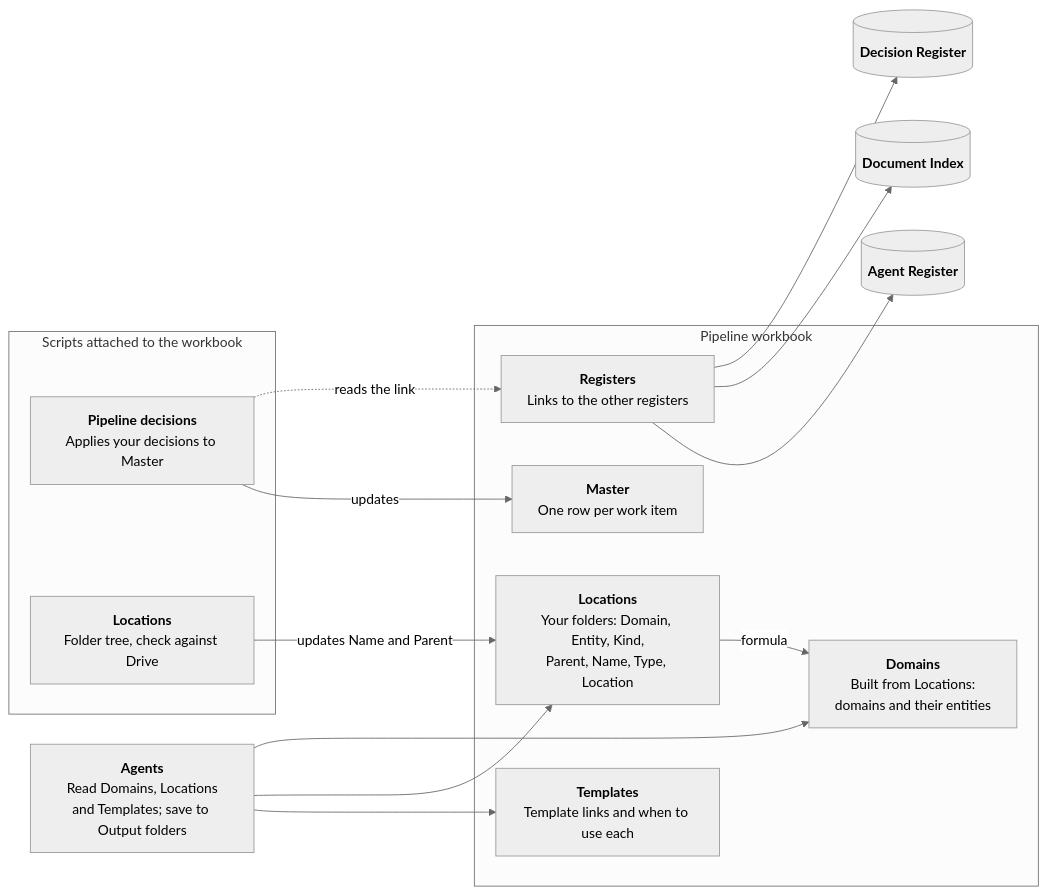
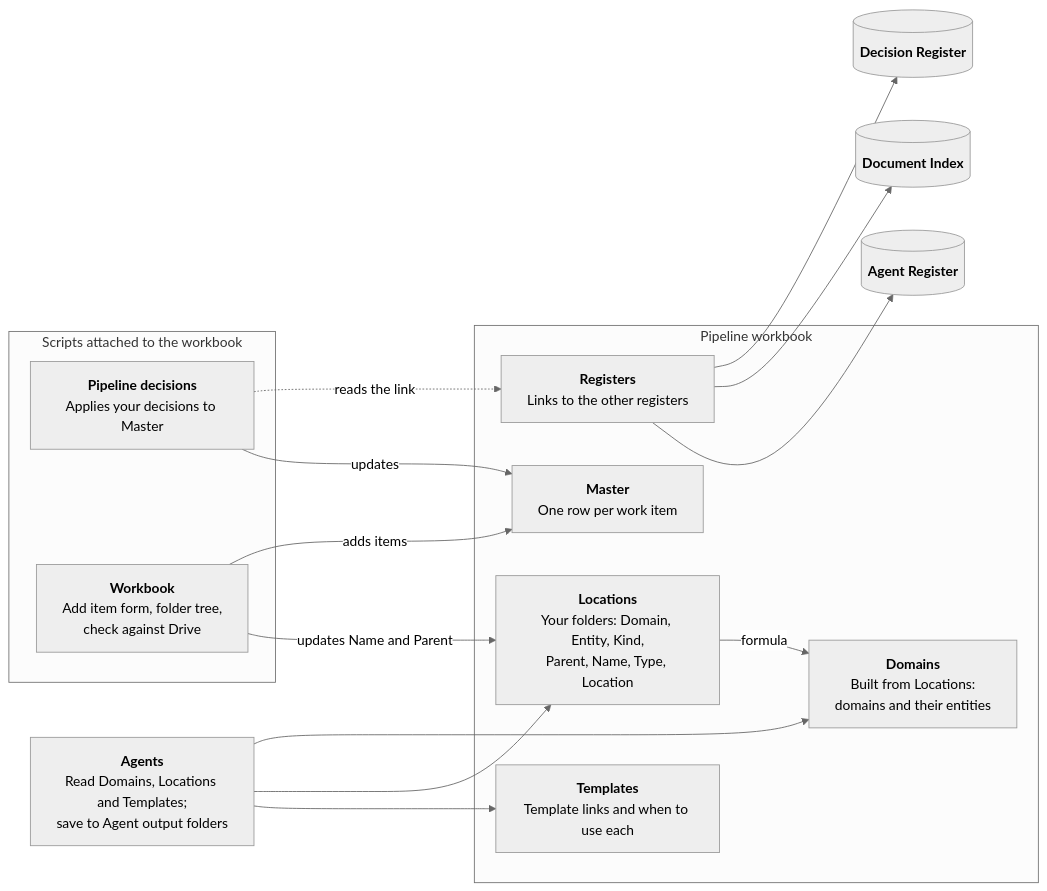
One commit to Welladino/Horology changed the second of 3 diagrams in docs/runbook/setup/setup.md. Above: the diagram before and after it, drawn with Mermaid (neutral theme). The commit also changed other lines of this file and 7 other files, not shown here.

````diff
--- a/docs/runbook/setup/setup.md
+++ b/docs/runbook/setup/setup.md
@@ -51,28 +53,29 @@
 ```mermaid
 flowchart LR
   subgraph wb["Pipeline workbook"]
     master["<b>Master</b><br/>One row per work item"]
     locations["<b>Locations</b><br/>Your folders: Domain, Entity, Kind,<br/>Parent, Name, Type, Location"]
     domains["<b>Domains</b><br/>Built from Locations:<br/>domains and their entities"]
     templates["<b>Templates</b><br/>Template links and when to use each"]
     registers["<b>Registers</b><br/>Links to the other registers"]
     locations -- "formula" --> domains
   end
   dr[("<b>Decision Register</b>")]
   di[("<b>Document Index</b>")]
   ar[("<b>Agent Register</b>")]
   registers --> dr
   registers --> di
   registers --> ar
   subgraph scripts["Scripts attached to the workbook"]
     decisions["<b>Pipeline decisions</b><br/>Applies your decisions to Master"]
-    locscript["<b>Locations</b><br/>Folder tree, check against Drive"]
+    locscript["<b>Workbook</b><br/>Add item form, folder tree,<br/>check against Drive"]
   end
   decisions -. "reads the link" .-> registers
   decisions -- "updates" --> master
+  locscript -- "adds items" --> master
   locscript -- "updates Name and Parent" --> locations
-  agents["<b>Agents</b><br/>Read Domains, Locations<br/>and Templates; save to Output folders"]
+  agents["<b>Agents</b><br/>Read Domains, Locations and Templates;<br/>save to Agent output folders"]
   agents --> domains
   agents --> locations
   agents --> templates
 ```
````
